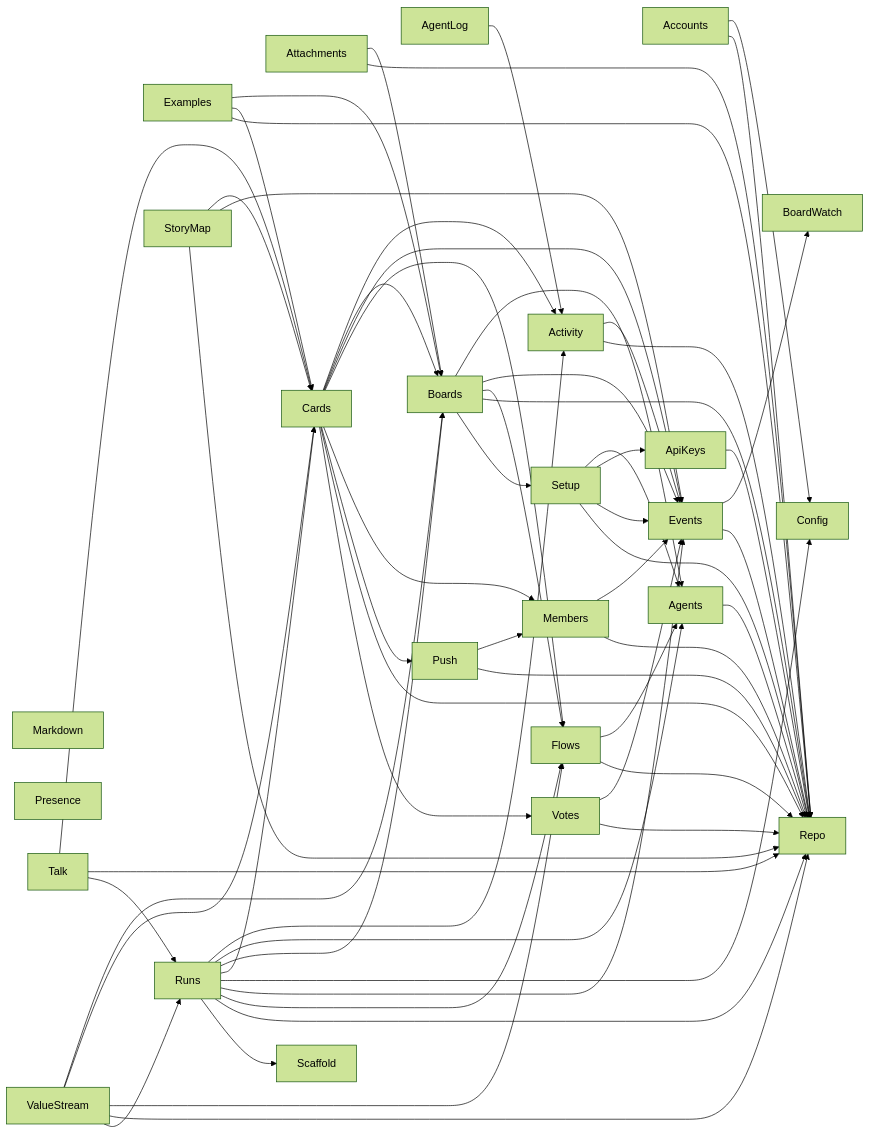
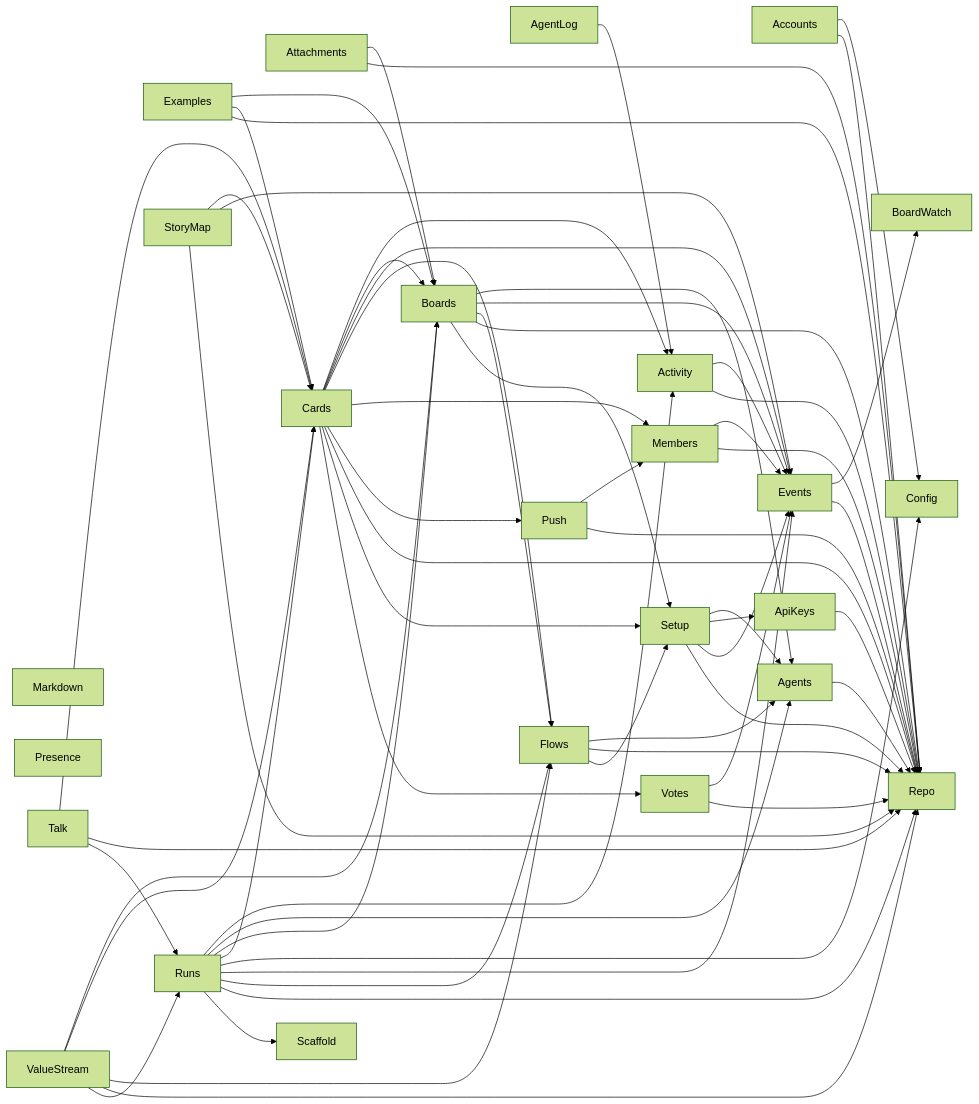
The second of 2 diagrams in docs/architecture/deps.md (jeremylightsmith/relay), drawn with Mermaid (forest theme) before and after one commit. The commit also changed 27 other files, not shown here.

````diff
--- a/docs/architecture/deps.md
+++ b/docs/architecture/deps.md
@@ -29,64 +29,66 @@
 ```mermaid
 flowchart LR
     Markdown
     Presence
     Accounts --> Config
     Accounts --> Repo
     Activity --> Events
     Activity --> Repo
     AgentLog --> Activity
     Agents --> Repo
     ApiKeys --> Repo
     Attachments --> Boards
     Attachments --> Repo
     Boards --> Agents
     Boards --> Events
     Boards --> Flows
     Boards --> Repo
     Boards --> Setup
     Cards --> Activity
     Cards --> Boards
     Cards --> Events
     Cards --> Flows
     Cards --> Members
     Cards --> Push
     Cards --> Repo
+    Cards --> Setup
     Cards --> Votes
     Events --> BoardWatch
     Events --> Repo
     Examples --> Boards
     Examples --> Cards
     Examples --> Repo
     Flows --> Agents
     Flows --> Repo
+    Flows --> Setup
     Members --> Events
     Members --> Repo
     Push --> Members
     Push --> Repo
     Runs --> Activity
     Runs --> Agents
     Runs --> Boards
     Runs --> Cards
     Runs --> Config
     Runs --> Events
     Runs --> Flows
     Runs --> Repo
     Runs --> Scaffold
     Setup --> Agents
     Setup --> ApiKeys
     Setup --> Events
     Setup --> Repo
     StoryMap --> Cards
     StoryMap --> Events
     StoryMap --> Repo
     Talk --> Cards
     Talk --> Repo
     Talk --> Runs
     ValueStream --> Boards
     ValueStream --> Cards
     ValueStream --> Flows
     ValueStream --> Repo
     ValueStream --> Runs
     Votes --> Events
     Votes --> Repo
 ```
````
